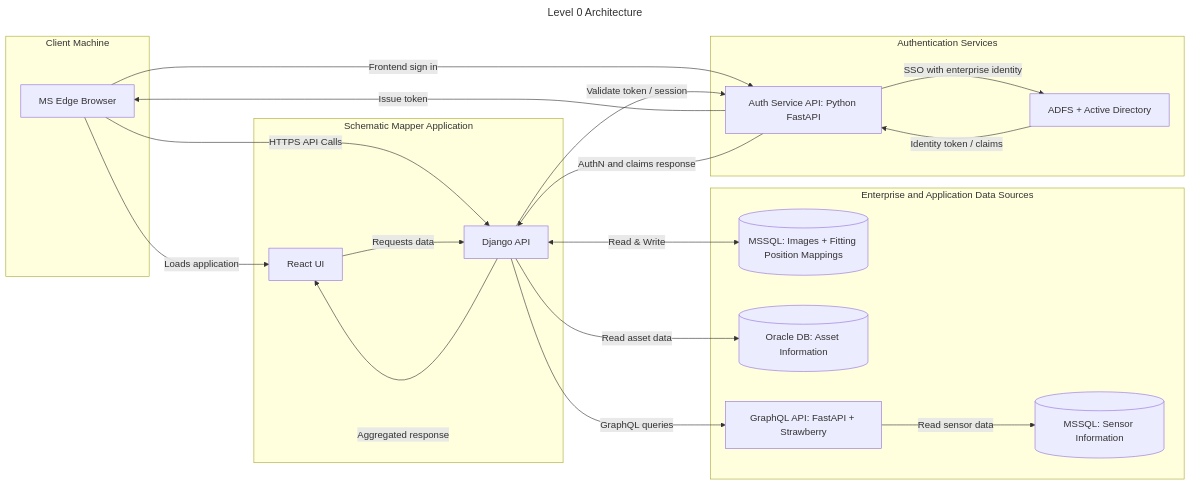
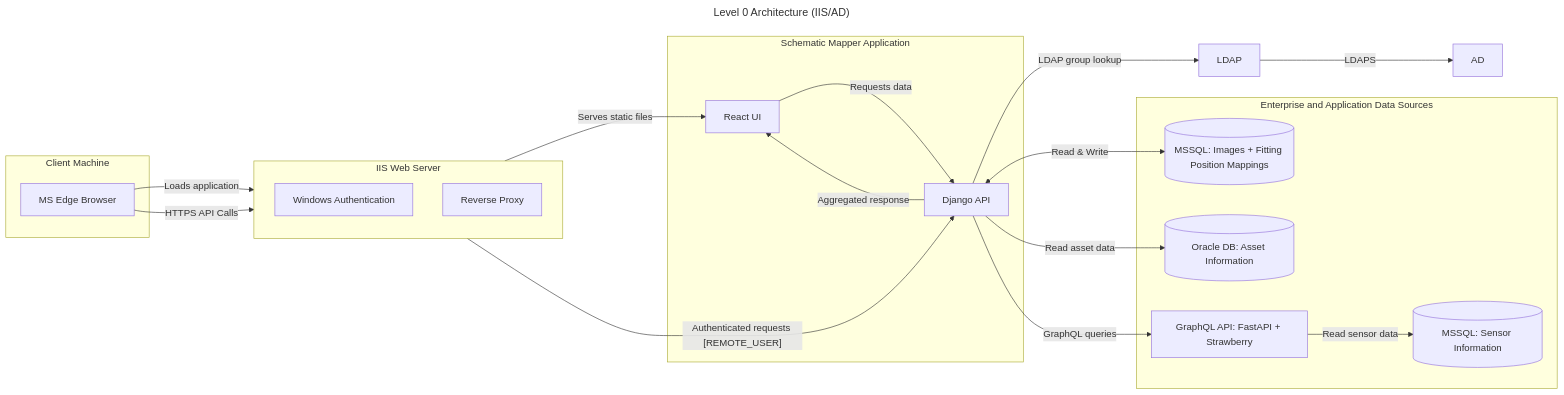
Before and after one commit to LewisCM14/schematic_mapper: the first of 9 diagrams in docs/spec.md, drawn with Mermaid. The commit also changed other lines of this file and 16 other files, not shown here.

````diff
--- a/docs/spec.md
+++ b/docs/spec.md
@@ -97,44 +122,40 @@
 ```mermaid
 ---
-title: Level 0 Architecture
+title: Level 0 Architecture (IIS/AD)
 ---
 flowchart LR
     subgraph CLIENT[Client Machine]
         B[MS Edge Browser]
+    end
+
+    subgraph IIS[IIS Web Server]
+        IISAUTH[Windows Authentication]
+        IISPROXY[Reverse Proxy]
     end
 
     subgraph APP[Schematic Mapper Application]
         UI[React UI]
         API[Django API]
     end
 
     subgraph DATA[Enterprise and Application Data Sources]
         APPDB[(MSSQL: Images + Fitting Position Mappings)]
         ORADB[(Oracle DB: Asset Information)]
         GQL[GraphQL API: FastAPI + Strawberry]
         SENSORDB[(MSSQL: Sensor Information)]
     end
 
-    subgraph AUTH[Authentication Services]
-        AUTHSVC[Auth Service API: Python FastAPI]
-        IDP[ADFS + Active Directory]
-    end
-
-    B -->|Loads application| UI
-    B -->|HTTPS API Calls| API
+    B -->|Loads application| IIS
+    IIS -->|Serves static files| UI
+    B -->|HTTPS API Calls| IIS
+    IIS -->|"Authenticated requests [REMOTE_USER]"| API
     UI -->|Requests data| API
-
-    B -->|Frontend sign in| AUTHSVC
-    AUTHSVC -->|SSO with enterprise identity| IDP
-    IDP -->|Identity token / claims| AUTHSVC
-    AUTHSVC -->|Issue token| B
-
-    API -->|Validate token / session| AUTHSVC
-    AUTHSVC -->|AuthN and claims response| API
+    API -->|LDAP group lookup| LDAP
+    LDAP -->|LDAPS| AD
 
     API <-->|Read & Write| APPDB
     API -->|Read asset data| ORADB
     API -->|GraphQL queries| GQL
     GQL -->|Read sensor data| SENSORDB
     API -->|Aggregated response| UI
 ```
````
